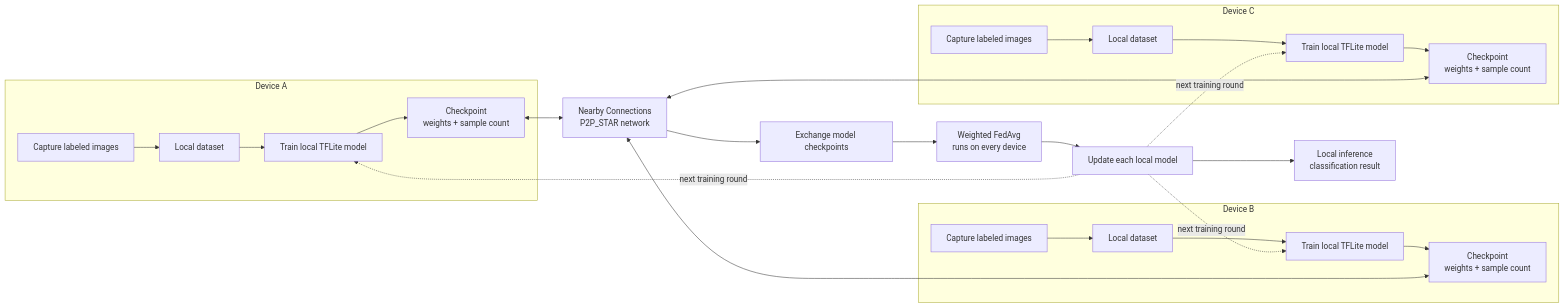
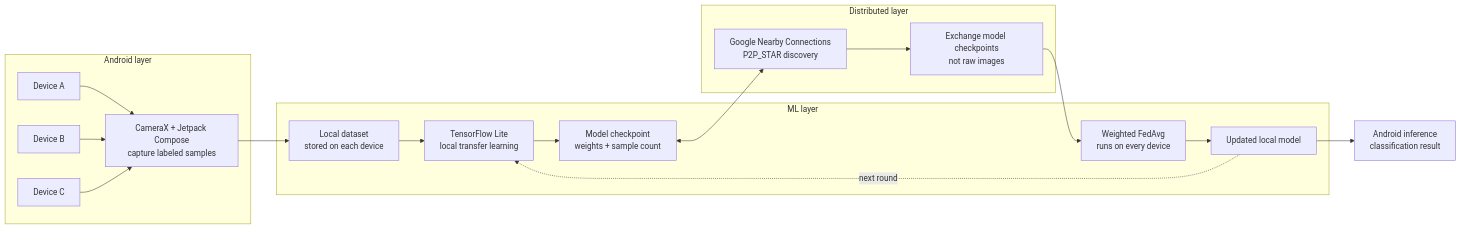
One commit to SARANG1018/MobiCollab-A-Decentralized-Framework-for-Collaborative-Transfer-Learning-on-Android-Devices changed the diagram in README.md. Above: the diagram before and after it, drawn with Mermaid. The commit also changed other lines of this file, not shown here.

Commit message:
Organize architecture diagram by system layer

````diff
--- a/README.md
+++ b/README.md
@@ -26,32 +26,34 @@
 ```mermaid
 flowchart LR
-	subgraph A[Device A]
-		A1[Capture labeled images] --> A2[Local dataset]
-		A2 --> A3[Train local TFLite model]
-		A3 --> A4[Checkpoint<br/>weights + sample count]
+	subgraph ANDROID[Android layer]
+		A[Device A]
+		B[Device B]
+		C[Device C]
+		CAP[CameraX + Jetpack Compose<br/>capture labeled samples]
+		A --> CAP
+		B --> CAP
+		C --> CAP
 	end
 
-	subgraph B[Device B]
-		B1[Capture labeled images] --> B2[Local dataset]
-		B2 --> B3[Train local TFLite model]
-		B3 --> B4[Checkpoint<br/>weights + sample count]
+	subgraph ML[ML layer]
+		DATA[Local dataset<br/>stored on each device]
+		TRAIN[TensorFlow Lite<br/>local transfer learning]
+		SAVE[Model checkpoint<br/>weights + sample count]
+		AVG[Weighted FedAvg<br/>runs on every device]
+		MODEL[Updated local model]
+		DATA --> TRAIN --> SAVE
+		AVG --> MODEL
 	end
 
-	subgraph C[Device C]
-		C1[Capture labeled images] --> C2[Local dataset]
-		C2 --> C3[Train local TFLite model]
-		C3 --> C4[Checkpoint<br/>weights + sample count]
+	subgraph DIST[Distributed layer]
+		P2P[Google Nearby Connections<br/>P2P_STAR discovery]
+		EXCHANGE[Exchange model checkpoints<br/>not raw images]
+		P2P --> EXCHANGE
 	end
 
-	A4 <--> N[Nearby Connections<br/>P2P_STAR network]
-	B4 <--> N
-	C4 <--> N
-
-	N --> X[Exchange model checkpoints]
-	X --> F[Weighted FedAvg<br/>runs on every device]
-	F --> U[Update each local model]
-	U --> I[Local inference<br/>classification result]
-	U -. next training round .-> A3
-	U -. next training round .-> B3
-	U -. next training round .-> C3
+	CAP --> DATA
+	SAVE <--> P2P
+	EXCHANGE --> AVG
+	MODEL --> RESULT[Android inference<br/>classification result]
+	MODEL -. next round .-> TRAIN
 ```
````
